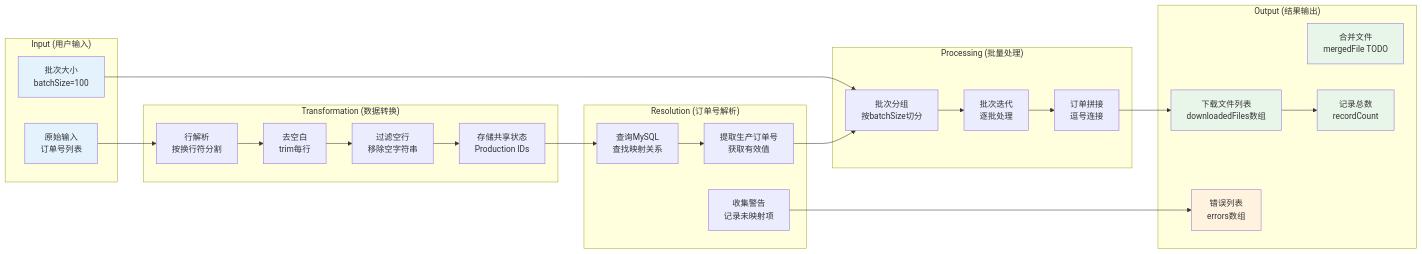
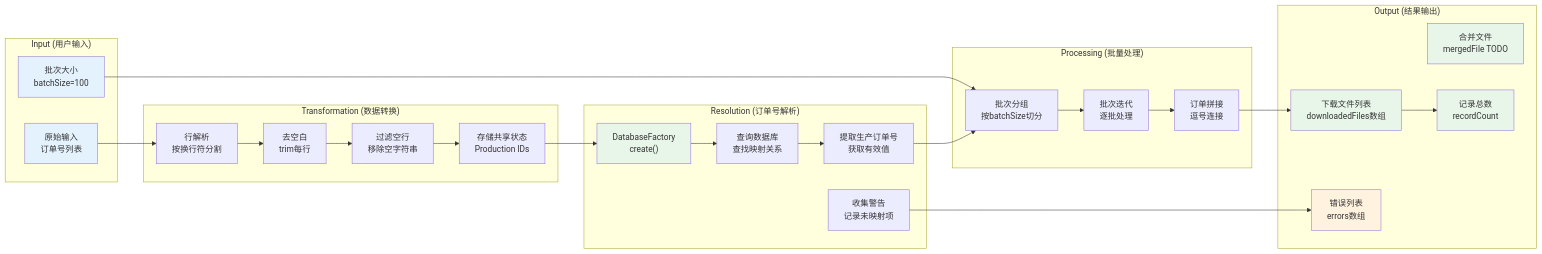
One commit to Misaka-Dev-Hub/ERPAuto changed the fifth of 5 diagrams in docs/extractor-start-button-flow.md. Above: the diagram before and after it, drawn with Mermaid. The commit also changed other lines of this file, not shown here.

First line of the commit message:
docs: update extractor-start-button-flow.md for database architecture changes

````diff
--- a/docs/extractor-start-button-flow.md
+++ b/docs/extractor-start-button-flow.md
@@ -361,54 +396,74 @@
 ```mermaid
 flowchart LR
     subgraph "Input (用户输入)"
-        A1[原始输入<br/>订单号列表]
-        A2[批次大小<br/>batchSize=100]
+        A1["原始输入
+        订单号列表"]
+        A2["批次大小
+        batchSize=100"]
     end
 
     subgraph "Transformation (数据转换)"
-        B1[行解析<br/>按换行符分割]
-        B2[去空白<br/>trim每行]
-        B3[过滤空行<br/>移除空字符串]
-        B4[存储共享状态<br/>Production IDs]
+        B1["行解析
+        按换行符分割"]
+        B2["去空白
+        trim每行"]
+        B3["过滤空行
+        移除空字符串"]
+        B4["存储共享状态
+        Production IDs"]
     end
 
     subgraph "Resolution (订单号解析)"
-        C1[查询MySQL<br/>查找映射关系]
-        C2[提取生产订单号<br/>获取有效值]
-        C3[收集警告<br/>记录未映射项]
+        C0["DatabaseFactory
+        create()"]
+        C1["查询数据库
+        查找映射关系"]
+        C2["提取生产订单号
+        获取有效值"]
+        C3["收集警告
+        记录未映射项"]
     end
 
     subgraph "Processing (批量处理)"
-        D1[批次分组<br/>按batchSize切分]
-        D2[批次迭代<br/>逐批处理]
-        D3[订单拼接<br/>逗号连接]
+        D1["批次分组
+        按batchSize切分"]
+        D2["批次迭代
+        逐批处理"]
+        D3["订单拼接
+        逗号连接"]
     end
 
     subgraph "Output (结果输出)"
-        E1[下载文件列表<br/>downloadedFiles数组]
-        E2[合并文件<br/>mergedFile TODO]
-        E3[记录总数<br/>recordCount]
-        E4[错误列表<br/>errors数组]
+        E1["下载文件列表
+        downloadedFiles数组"]
+        E2["合并文件
+        mergedFile TODO"]
+        E3["记录总数
+        recordCount"]
+        E4["错误列表
+        errors数组"]
     end
 
     A1 --> B1
     B1 --> B2
     B2 --> B3
     B3 --> B4
-    B4 --> C1
+    B4 --> C0
     A2 --> D1
+    C0 --> C1
     C1 --> C2
     C2 --> D1
     C3 --> E4
     D1 --> D2
     D2 --> D3
     D3 --> E1
     E1 --> E3
 
     style A1 fill:#e3f2fd
     style A2 fill:#e3f2fd
+    style C0 fill:#e8f5e9
     style E1 fill:#e8f5e9
     style E2 fill:#e8f5e9
     style E3 fill:#e8f5e9
     style E4 fill:#fff3e0
 ```
````
